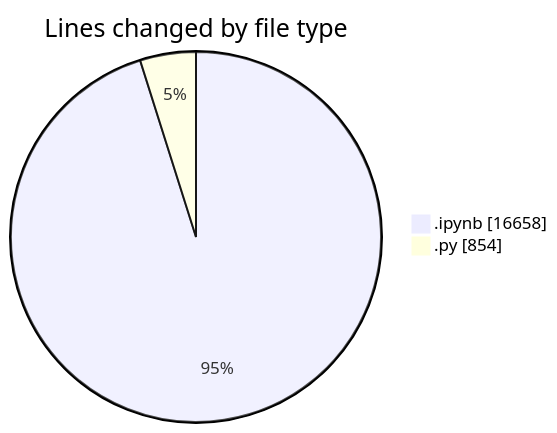
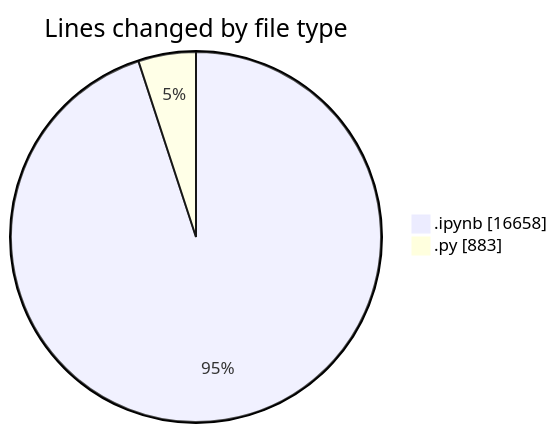
One commit to MatusMokan/code-tracking changed the first of 2 diagrams in 2025-03-20/myws__workspace_/README.md. Above: the diagram before and after it, drawn with Mermaid. The commit also changed other lines of this file and 1 other file, not shown here.

````diff
--- a/2025-03-20/myws__workspace_/README.md
+++ b/2025-03-20/myws__workspace_/README.md
@@ -21,6 +21,6 @@
 ```mermaid
 pie showData
 title Lines changed by file type
 ".ipynb" : 16658
-".py" : 854
+".py" : 883
 ```
````
